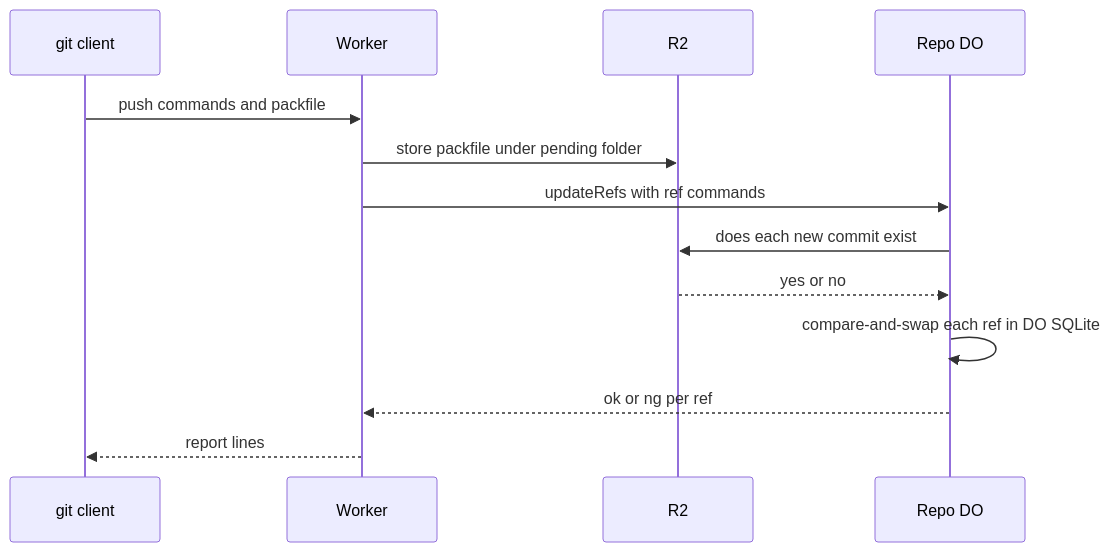
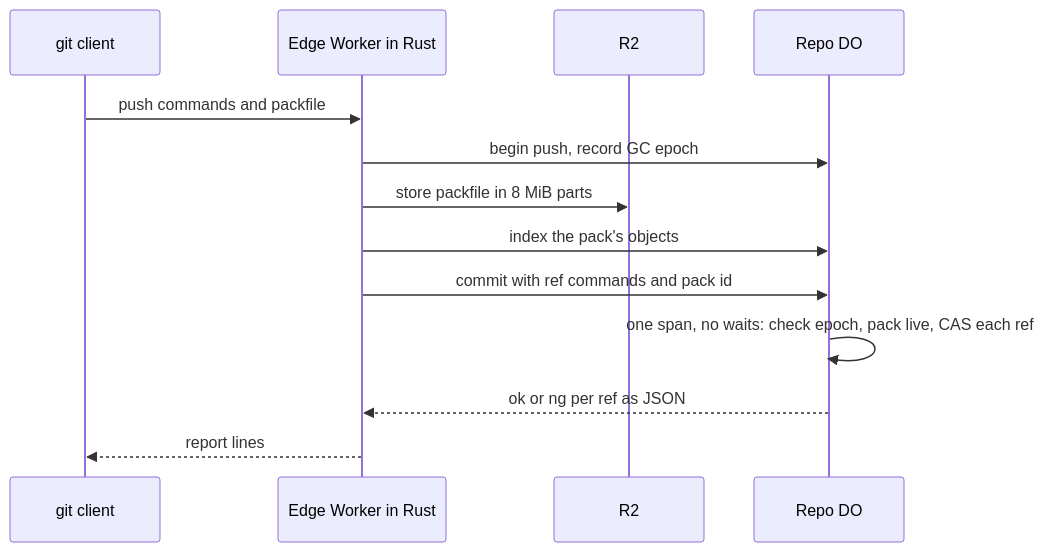
Before and after one commit to idl3/git-edge: the diagram in plain/repo-do-ref-authority.md, drawn with Mermaid. The commit also changed other lines of this file and 47 other files, not shown here.

````diff
--- a/plain/repo-do-ref-authority.md
+++ b/plain/repo-do-ref-authority.md
@@ -33,15 +38,15 @@
 ```mermaid
 sequenceDiagram
     participant Client as git client
-    participant Worker
+    participant Worker as Edge Worker in Rust
     participant R2
     participant DO as Repo DO
     Client->>Worker: push commands and packfile
-    Worker->>R2: store packfile under pending folder
-    Worker->>DO: updateRefs with ref commands
-    DO->>R2: does each new commit exist
-    R2-->>DO: yes or no
-    DO->>DO: compare-and-swap each ref in DO SQLite
-    DO-->>Worker: ok or ng per ref
+    Worker->>DO: begin push, record GC epoch
+    Worker->>R2: store packfile in 8 MiB parts
+    Worker->>DO: index the pack's objects
+    Worker->>DO: commit with ref commands and pack id
+    DO->>DO: one span, no waits: check epoch, pack live, CAS each ref
+    DO-->>Worker: ok or ng per ref as JSON
     Worker-->>Client: report lines
 ```
````
